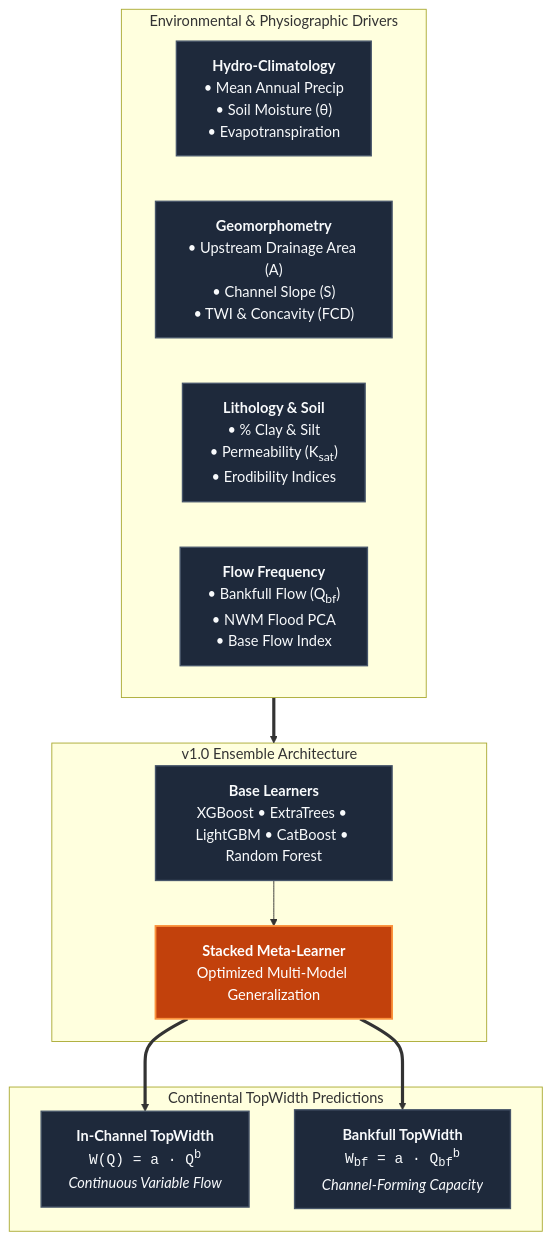
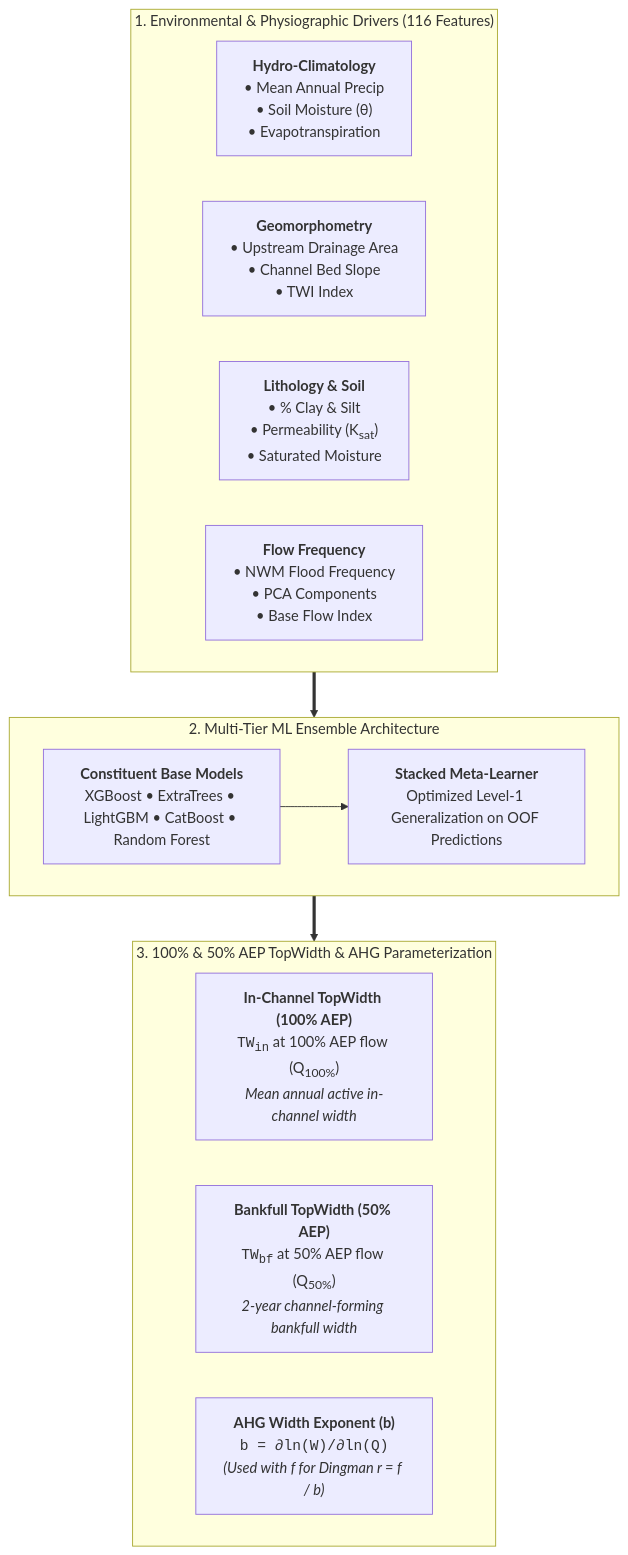
Before and after one commit to arashmodrad/ml_web: the second of 3 diagrams in docs/v1.0/tw/index.md, drawn with Mermaid. The commit also changed other lines of this file and 40 other files, not shown here.

````diff
--- a/docs/v1.0/tw/index.md
+++ b/docs/v1.0/tw/index.md
@@ -70,28 +70,33 @@
 ```mermaid
 flowchart TD
-    subgraph INPUTS ["Environmental & Physiographic Drivers"]
+    subgraph INPUTS ["1. Environmental & Physiographic Drivers (116 Features)"]
+        direction LR
         CLIM["<b>Hydro-Climatology</b><br/>• Mean Annual Precip<br/>• Soil Moisture (&theta;)<br/>• Evapotranspiration"]
-        TOPO["<b>Geomorphometry</b><br/>• Upstream Drainage Area (A)<br/>• Channel Slope (S)<br/>• TWI & Concavity (FCD)"]
-        SOIL["<b>Lithology & Soil</b><br/>• % Clay & Silt<br/>• Permeability (K<sub>sat</sub>)<br/>• Erodibility Indices"]
-        HYDRO["<b>Flow Frequency</b><br/>• Bankfull Flow (Q<sub>bf</sub>)<br/>• NWM Flood PCA<br/>• Base Flow Index"]
+        TOPO["<b>Geomorphometry</b><br/>• Upstream Drainage Area<br/>• Channel Bed Slope<br/>• TWI Index"]
+        SOIL["<b>Lithology & Soil</b><br/>• % Clay & Silt<br/>• Permeability (K<sub>sat</sub>)<br/>• Saturated Moisture"]
+        HYDRO["<b>Flow Frequency</b><br/>• NWM Flood Frequency<br/>• PCA Components<br/>• Base Flow Index"]
     end
 
-    subgraph ML ["v1.0 Ensemble Architecture"]
-        MODELS["<b>Base Learners</b><br/>XGBoost &bull; ExtraTrees &bull; LightGBM &bull; CatBoost &bull; Random Forest"]
-        STACK["<b>Stacked Meta-Learner</b><br/>Optimized Multi-Model Generalization"]
+    subgraph ML ["2. Multi-Tier ML Ensemble Architecture"]
+        direction LR
+        MODELS["<b>Constituent Base Models</b><br/>XGBoost &bull; ExtraTrees &bull; LightGBM &bull; CatBoost &bull; Random Forest"]
+        STACK["<b>Stacked Meta-Learner</b><br/>Optimized Level-1 Generalization on OOF Predictions"]
         MODELS --> STACK
     end
 
-    subgraph OUTPUTS ["Continental TopWidth Predictions"]
-        IN_CH["<b>In-Channel TopWidth</b><br/><code>W(Q) = a &middot; Q<sup>b</sup></code><br/><i>Continuous Variable Flow</i>"]
-        BF["<b>Bankfull TopWidth</b><br/><code>W<sub>bf</sub> = a &middot; Q<sub>bf</sub><sup>b</sup></code><br/><i>Channel-Forming Capacity</i>"]
+    subgraph OUTPUTS ["3. 100% & 50% AEP TopWidth & AHG Parameterization"]
+        direction LR
+        IN_CH["<b>In-Channel TopWidth (100% AEP)</b><br/><code>TW<sub>in</sub></code> at 100% AEP flow (Q<sub>100%</sub>)<br/><i>Mean annual active in-channel width</i>"]
+        BF["<b>Bankfull TopWidth (50% AEP)</b><br/><code>TW<sub>bf</sub></code> at 50% AEP flow (Q<sub>50%</sub>)<br/><i>2-year channel-forming bankfull width</i>"]
+        AHG_B["<b>AHG Width Exponent (b)</b><br/><code>b = &part;ln(W)/&part;ln(Q)</code><br/><i>(Used with f for Dingman r = f / b)</i>"]
     end
 
     INPUTS ==> ML
-    STACK ==> IN_CH
-    STACK ==> BF
+    ML ==> OUTPUTS
 
-    classDef default fill:#1e293b,stroke:#475569,stroke-width:1.5px,color:#f8fafc;
-    classDef highlight fill:#c2410c,stroke:#fb923c,stroke-width:2px,color:#ffffff;
-    class STACK highlight;
+    class INPUTS highlight-blue;
+    class ML highlight-blue;
+    class IN_CH highlight-teal;
+    class BF highlight-orange;
+    class AHG_B highlight-blue;
 ```
````
